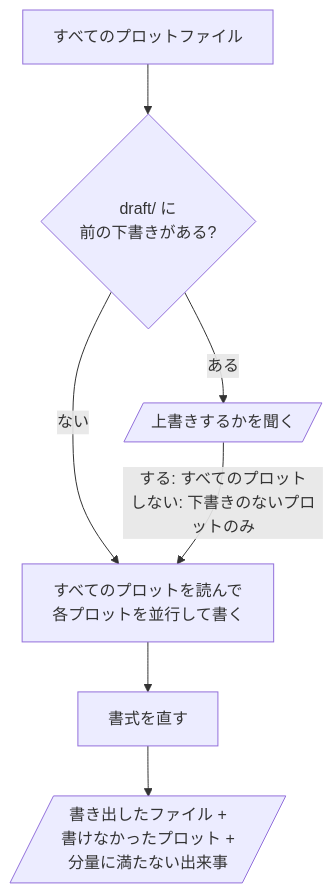
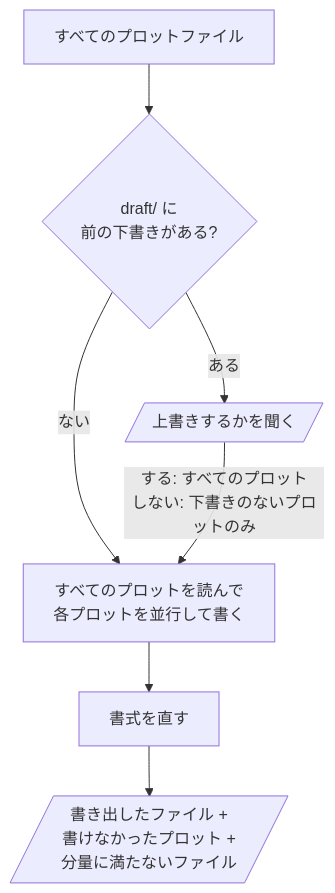
Before and after one commit to omni-stove/skill-kit: the diagram in domains/story/skills/draft-all/README.ja.md, drawn with Mermaid. The commit also changed other lines of this file and 13 other files, not shown here.

````diff
--- a/domains/story/skills/draft-all/README.ja.md
+++ b/domains/story/skills/draft-all/README.ja.md
@@ -7,9 +7,9 @@
 ```mermaid
 flowchart TD
   input[すべてのプロットファイル] --> exists{draft/ に<br/>前の下書きがある?}
   exists -- "ある" --> ask[/上書きするかを聞く/]
   exists -- "ない" --> write
   ask -- "する: すべてのプロット<br/>しない: 下書きのないプロットのみ" --> write[すべてのプロットを読んで<br/>各プロットを並行して書く]
   write --> format[書式を直す]
-  format --> done[/"書き出したファイル +<br/>書けなかったプロット +<br/>分量に満たない出来事"/]
+  format --> done[/"書き出したファイル +<br/>書けなかったプロット +<br/>分量に満たないファイル"/]
 ```
````
